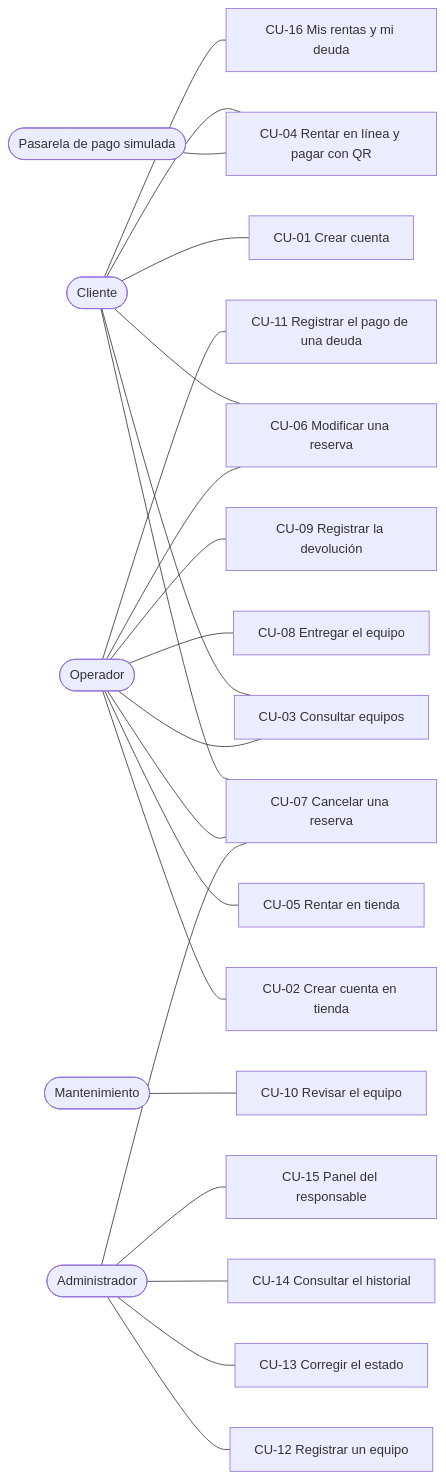
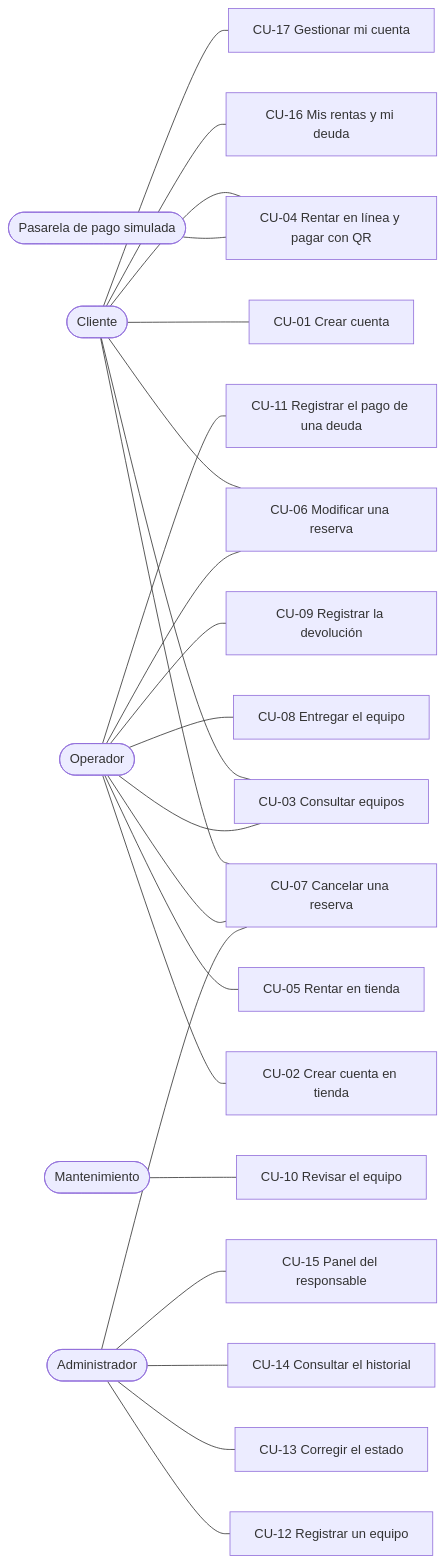
The first of 38 diagrams in docs/casos-de-uso.md (peterteranb/astra-rent-system), drawn with Mermaid before and after one commit. The commit also changed other lines of this file and 6 other files, not shown here.

Commit message:
docs: client feedback, account use case and activity diagrams

````diff
--- a/docs/casos-de-uso.md
+++ b/docs/casos-de-uso.md
@@ -8,30 +8,31 @@
 ```mermaid
 flowchart LR
     C([Cliente])
     O([Operador])
     M([Mantenimiento])
     A([Administrador])
     P([Pasarela de pago simulada])
 
     C --- CU01[CU-01 Crear cuenta]
     C --- CU03[CU-03 Consultar equipos]
     C --- CU04[CU-04 Rentar en línea y pagar con QR]
     C --- CU06[CU-06 Modificar una reserva]
     C --- CU07[CU-07 Cancelar una reserva]
     C --- CU16[CU-16 Mis rentas y mi deuda]
+    C --- CU17[CU-17 Gestionar mi cuenta]
     P --- CU04
     O --- CU02[CU-02 Crear cuenta en tienda]
     O --- CU03
     O --- CU05[CU-05 Rentar en tienda]
     O --- CU06
     O --- CU07
     O --- CU08[CU-08 Entregar el equipo]
     O --- CU09[CU-09 Registrar la devolución]
     O --- CU11[CU-11 Registrar el pago de una deuda]
     M --- CU10[CU-10 Revisar el equipo]
     A --- CU07
     A --- CU12[CU-12 Registrar un equipo]
     A --- CU13[CU-13 Corregir el estado]
     A --- CU14[CU-14 Consultar el historial]
     A --- CU15[CU-15 Panel del responsable]
 ```
````
